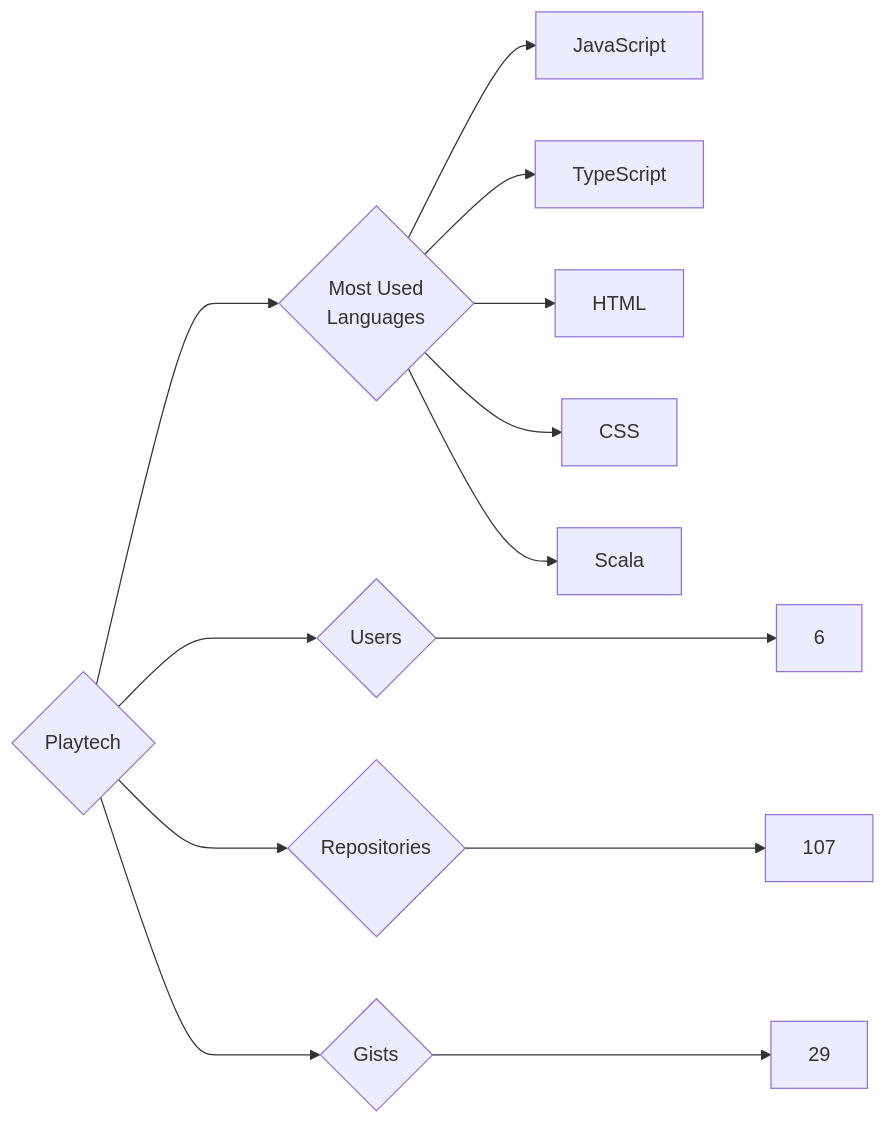
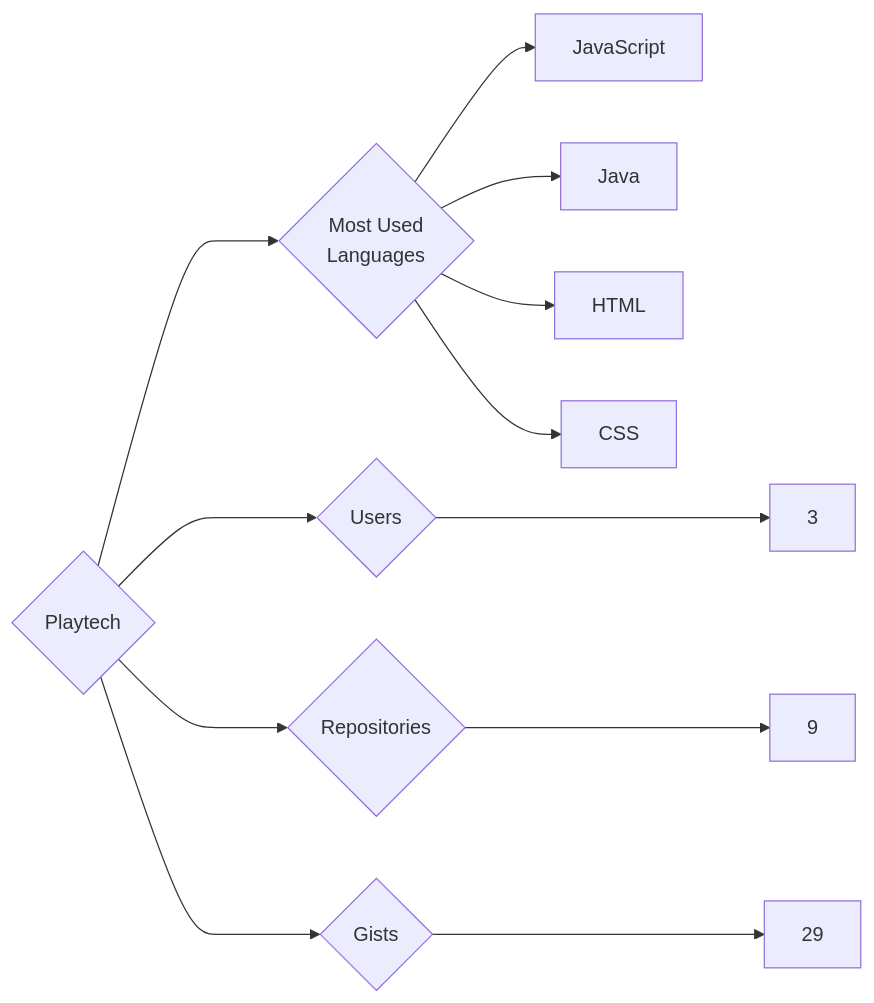
The diagram in targets/Playtech/README.md (trickest/insiders), drawn with Mermaid before and after one commit. The commit also changed 1496 other files, not shown here.

````diff
--- a/targets/Playtech/README.md
+++ b/targets/Playtech/README.md
@@ -3,13 +3,12 @@
 ```mermaid
 graph LR
 COMPANY_NAME{Playtech}
-COMPANY_NAME ---> U{Users} ---> UN[6]
-COMPANY_NAME ---> R{Repositories} ---> RN[107]
+COMPANY_NAME ---> U{Users} ---> UN[3]
+COMPANY_NAME ---> R{Repositories} ---> RN[9]
 COMPANY_NAME ---> G{Gists} ---> GN[29]
 COMPANY_NAME ---> ML{Most Used<br>Languages}
 ML --> JavaScript[JavaScript]
-ML --> TypeScript[TypeScript]
+ML --> Java[Java]
 ML --> HTML[HTML]
 ML --> CSS[CSS]
-ML --> Scala[Scala]
 ```
````
